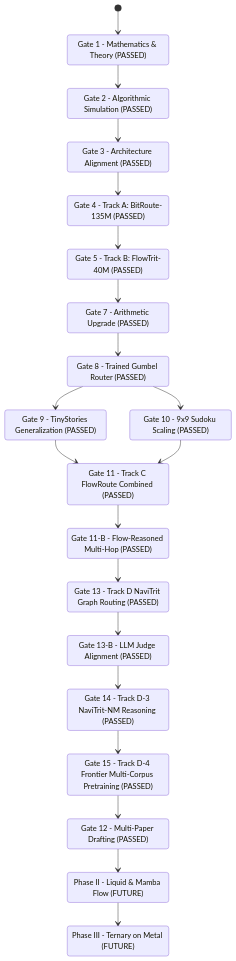
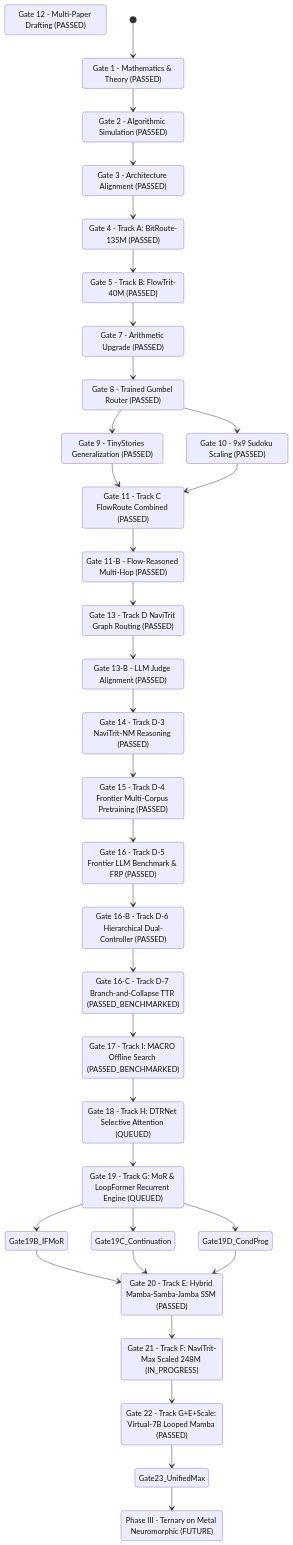
The diagram in research/conductor-track.md (JadeZaher/ternary-memory-research), drawn with Mermaid before and after one commit. The commit also changed other lines of this file and 88 other files, not shown here.

````diff
--- a/research/conductor-track.md
+++ b/research/conductor-track.md
@@ -45,41 +56,62 @@
 ```mermaid
 stateDiagram-v2
     Gate1_Math : Gate 1 - Mathematics & Theory (PASSED)
     Gate2_Simulation : Gate 2 - Algorithmic Simulation (PASSED)
     Gate3_Architecture : Gate 3 - Architecture Alignment (PASSED)
     Gate4_ModelA : Gate 4 - Track A: BitRoute-135M (PASSED)
     Gate5_ModelB : Gate 5 - Track B: FlowTrit-40M (PASSED)
     Gate7_Arith  : Gate 7 - Arithmetic Upgrade (PASSED)
     Gate8_Router : Gate 8 - Trained Gumbel Router (PASSED)
     Gate9_Lang   : Gate 9 - TinyStories Generalization (PASSED)
     Gate10_Sud9  : Gate 10 - 9x9 Sudoku Scaling (PASSED)
     Gate11_Route : Gate 11 - Track C FlowRoute Combined (PASSED)
     Gate11B_FlowRoute : Gate 11-B - Flow-Reasoned Multi-Hop (PASSED)
     Gate12_Papers: Gate 12 - Multi-Paper Drafting (PASSED)
     Gate13_NaviTrit: Gate 13 - Track D NaviTrit Graph Routing (PASSED)
     Gate13B_Judge: Gate 13-B - LLM Judge Alignment (PASSED)
     Gate14_NaviTritNM: Gate 14 - Track D-3 NaviTrit-NM Reasoning (PASSED)
     Gate15_Frontier: Gate 15 - Track D-4 Frontier Multi-Corpus Pretraining (PASSED)
-    PhaseII_TrackE : Phase II - Liquid & Mamba Flow (FUTURE)
-    PhaseIII_TrackF : Phase III - Ternary on Metal (FUTURE)
+    Gate16_FRP: Gate 16 - Track D-5 Frontier LLM Benchmark & FRP (PASSED)
+    Gate16B_Dual: Gate 16-B - Track D-6 Hierarchical Dual-Controller (PASSED)
+    Gate16C_TTR: Gate 16-C - Track D-7 Branch-and-Collapse TTR (PASSED_BENCHMARKED)
+    Gate17_MACRO: Gate 17 - Track I: MACRO Offline Search (PASSED_BENCHMARKED)
+    Gate18_DTRNet: Gate 18 - Track H: DTRNet Selective Attention (QUEUED)
+    Gate19_LoopFormer: Gate 19 - Track G: MoR & LoopFormer Recurrent Engine (QUEUED)
+    Gate20_SSM: Gate 20 - Track E: Hybrid Mamba-Samba-Jamba SSM (PASSED)
+    Gate21_Max: Gate 21 - Track F: NaviTrit-Max Scaled 248M (IN_PROGRESS)
+    Gate22_Virtual7B: Gate 22 - Track G+E+Scale: Virtual-7B Looped Mamba (PASSED)
+    PhaseIII_TrackF : Phase III - Ternary on Metal Neuromorphic (FUTURE)
 
     [*] --> Gate1_Math
     Gate1_Math --> Gate2_Simulation
     Gate2_Simulation --> Gate3_Architecture
     Gate3_Architecture --> Gate4_ModelA
     Gate4_ModelA --> Gate5_ModelB
     Gate5_ModelB --> Gate7_Arith
     Gate7_Arith --> Gate8_Router
     Gate8_Router --> Gate9_Lang
     Gate8_Router --> Gate10_Sud9
     Gate9_Lang --> Gate11_Route
     Gate10_Sud9 --> Gate11_Route
     Gate11_Route --> Gate11B_FlowRoute
     Gate11B_FlowRoute --> Gate13_NaviTrit
     Gate13_NaviTrit --> Gate13B_Judge
     Gate13B_Judge --> Gate14_NaviTritNM
     Gate14_NaviTritNM --> Gate15_Frontier
-    Gate15_Frontier --> Gate12_Papers
-    Gate12_Papers --> PhaseII_TrackE
-    PhaseII_TrackE --> PhaseIII_TrackF
+    Gate15_Frontier --> Gate16_FRP
+    Gate16_FRP --> Gate16B_Dual
+    Gate16B_Dual --> Gate16C_TTR
+    Gate16C_TTR --> Gate17_MACRO
+    Gate17_MACRO --> Gate18_DTRNet
+    Gate18_DTRNet --> Gate19_LoopFormer
+    Gate19_LoopFormer --> Gate19B_IFMoR
+    Gate19_LoopFormer --> Gate19C_Continuation
+    Gate19_LoopFormer --> Gate19D_CondProg
+    Gate19B_IFMoR --> Gate20_SSM
+    Gate19C_Continuation --> Gate20_SSM
+    Gate19D_CondProg --> Gate20_SSM
+    Gate20_SSM --> Gate21_Max
+    Gate21_Max --> Gate22_Virtual7B
+    Gate22_Virtual7B --> Gate23_UnifiedMax
+    Gate23_UnifiedMax --> PhaseIII_TrackF
 ```
````
